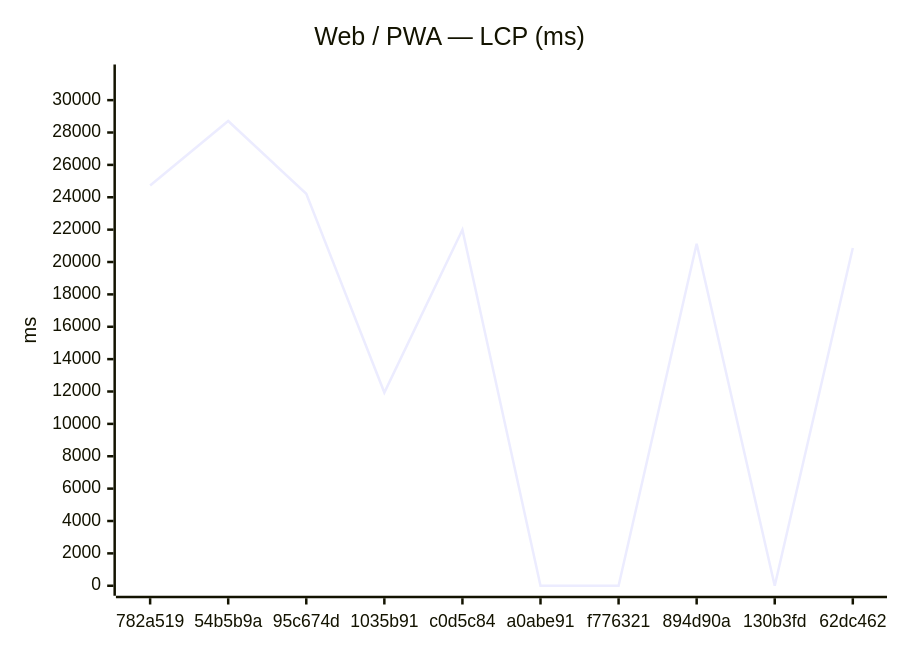
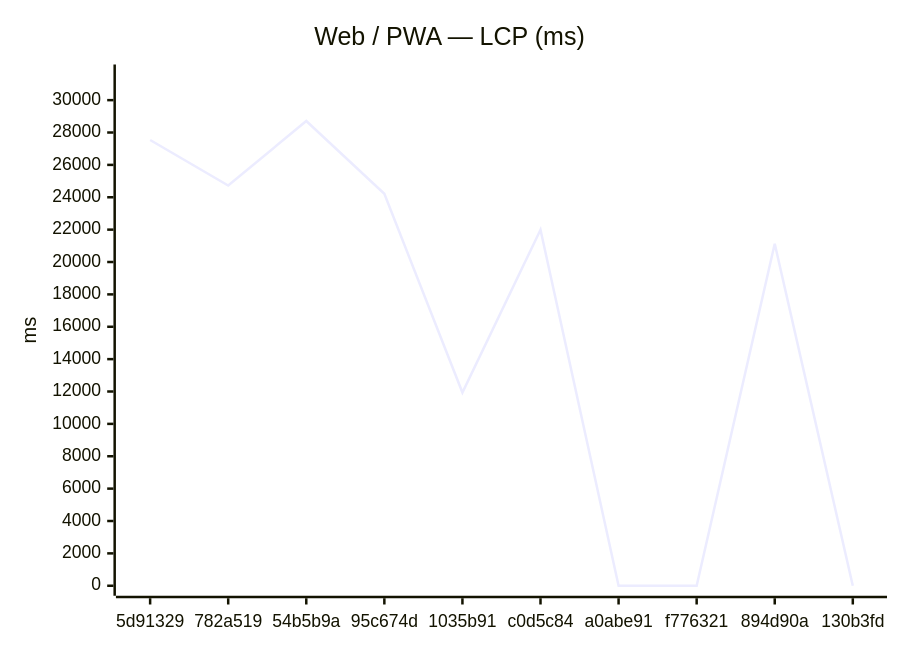
Before and after one commit to Metaheurist/Rianell: the first of 18 diagrams in benchmarks/compare.md, drawn with Mermaid. The commit also changed other lines of this file and 11 other files, not shown here.

````diff
--- a/benchmarks/compare.md
+++ b/benchmarks/compare.md
@@ -24,7 +24,7 @@
 ```mermaid
 xychart-beta
     title "Web / PWA — LCP (ms)"
-    x-axis ["782a519", "54b5b9a", "95c674d", "1035b91", "c0d5c84", "a0abe91", "f776321", "894d90a", "130b3fd", "62dc462"]
+    x-axis ["5d91329", "782a519", "54b5b9a", "95c674d", "1035b91", "c0d5c84", "a0abe91", "f776321", "894d90a", "130b3fd"]
     y-axis "ms" 0 --> 31584
-    line [24725, 28712, 24213, 11936, 21994, 0, 0, 21131, 0, 20871]
+    line [27536, 24725, 28712, 24213, 11936, 21994, 0, 0, 21131, 0]
 ```
````
